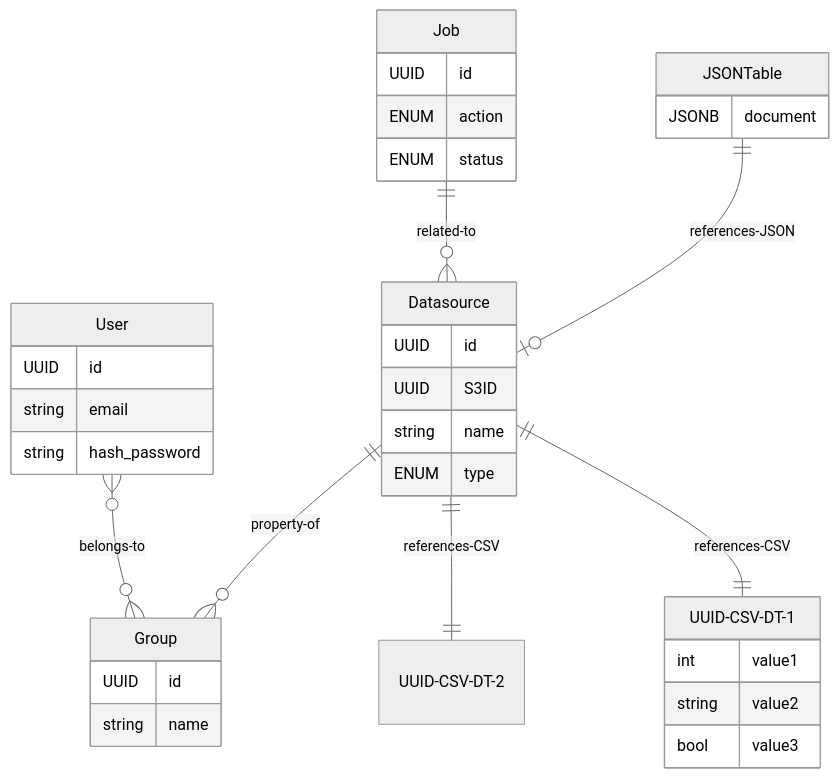
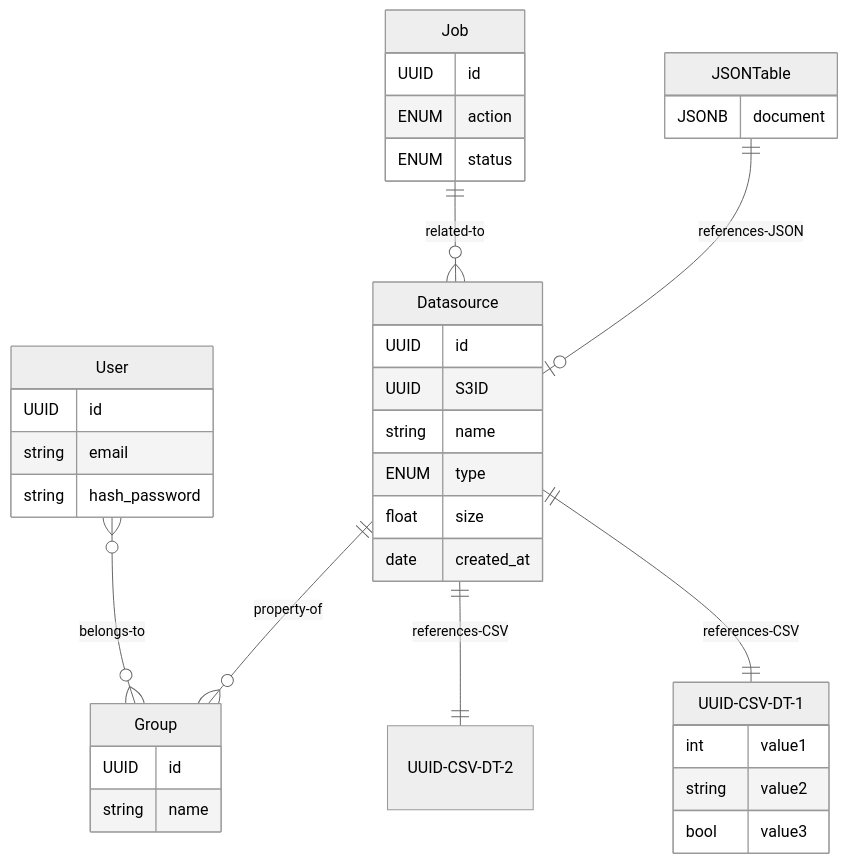
One commit to DO-JENC/data-go-fast changed the diagram in docs/data-go-fast_database-doc.mmd. Above: the diagram before and after it, drawn with Mermaid (neutral theme). The commit also changed other lines of this file, not shown here.

Commit message:
refactor: db updated to add datasources metadata

```diff
--- a/docs/data-go-fast_database-doc.mmd
+++ b/docs/data-go-fast_database-doc.mmd
@@ -1,39 +1,41 @@
 erDiagram
     User {
         UUID id
         string email
         string hash_password
     }
     User }o--o{ Group : belongs-to
     Group {
-        UUID id 
+        UUID id
         string name
     }
 
     Datasource {
         UUID id
         UUID S3ID
         string name
         ENUM type
+        float size
+        date created_at
     }
     Datasource ||--|| UUID-CSV-DT-1 : references-CSV
     UUID-CSV-DT-1{
         int value1
         string value2
         bool value3
     }
     Datasource ||--|| UUID-CSV-DT-2 : references-CSV
     UUID-CSV-DT-2{
     }
     JSONTable{
         JSONB document
     }
     JSONTable ||--|o Datasource : references-JSON
     Datasource ||--o{ Group : property-of
 
     Job {
         UUID id
         ENUM action
         ENUM status
     }
     Job ||--o{ Datasource : related-to
```
